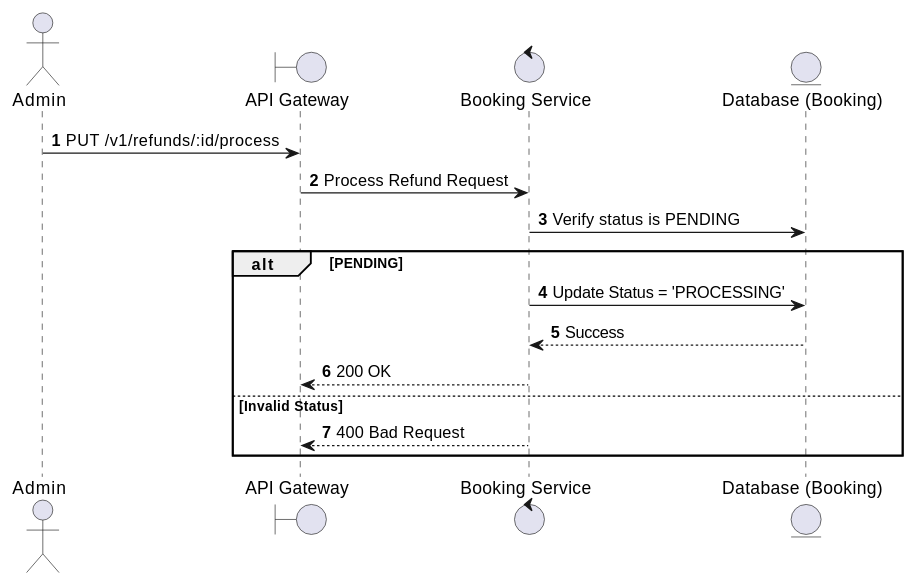
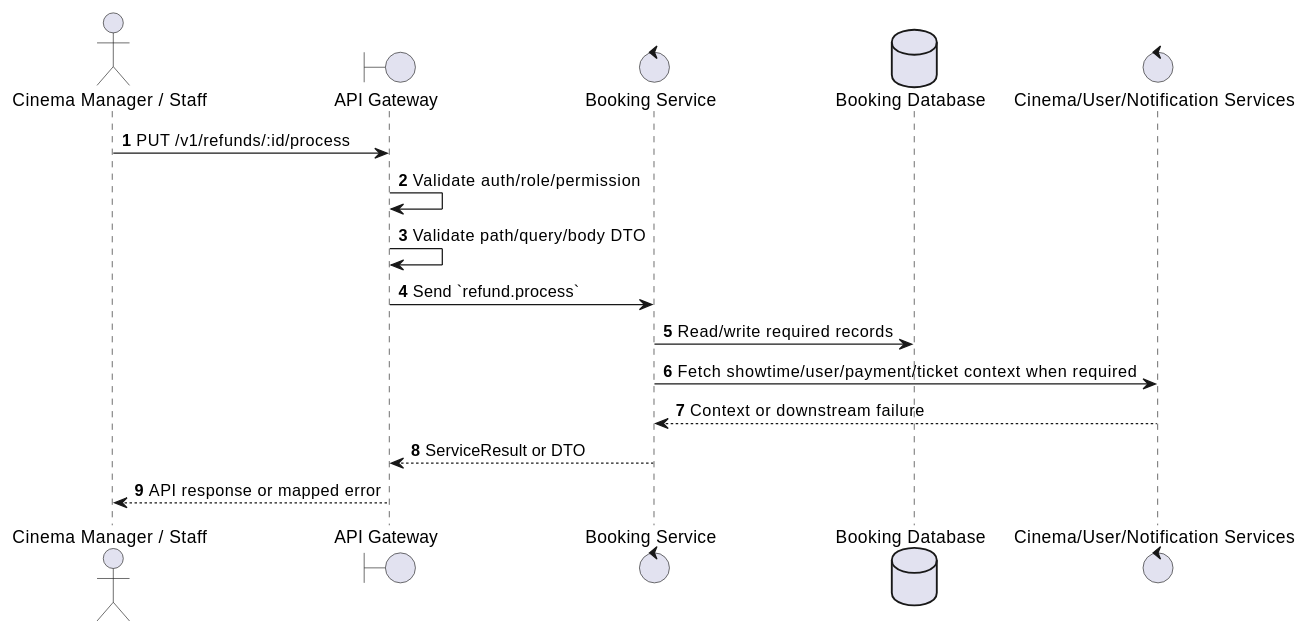
Before and after one commit to Tanh1603/movie-hub-architecture: the first of 2 diagrams in docs/functional_specs/3.8_Refund_Management_Module/RF-05_Process_Refund.md, drawn with PlantUML. The commit also changed other lines of this file and 126 other files, not shown here.

````diff
--- a/docs/functional_specs/3.8_Refund_Management_Module/RF-05_Process_Refund.md
+++ b/docs/functional_specs/3.8_Refund_Management_Module/RF-05_Process_Refund.md
@@ -17,20 +17,20 @@
 ```plantuml
 @startuml
 autonumber
-actor Admin
+actor "Cinema Manager / Staff" as Actor
 boundary "API Gateway" as GW
-control "Booking Service" as BS
-entity "Database (Booking)" as DB
+control "Booking Service" as SVC
+database "Booking Database" as DB
+control "Cinema/User/Notification Services" as EXT
 
-Admin -> GW: PUT /v1/refunds/:id/process
-GW -> BS: Process Refund Request
-BS -> DB: Verify status is PENDING
-alt PENDING
-    BS -> DB: Update Status = 'PROCESSING'
-    DB --> BS: Success
-    BS --> GW: 200 OK
-else Invalid Status
-    BS --> GW: 400 Bad Request
-end
+Actor -> GW: PUT /v1/refunds/:id/process
+GW -> GW: Validate auth/role/permission
+GW -> GW: Validate path/query/body DTO
+GW -> SVC: Send `refund.process`
+SVC -> DB: Read/write required records
+SVC -> EXT: Fetch showtime/user/payment/ticket context when required
+EXT --> SVC: Context or downstream failure
+SVC --> GW: ServiceResult or DTO
+GW --> Actor: API response or mapped error
 @enduml
 ```
````
